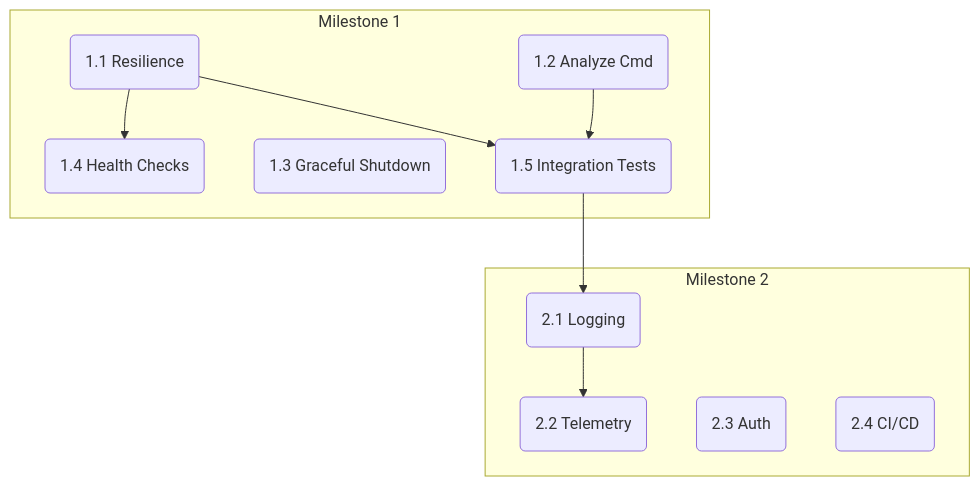
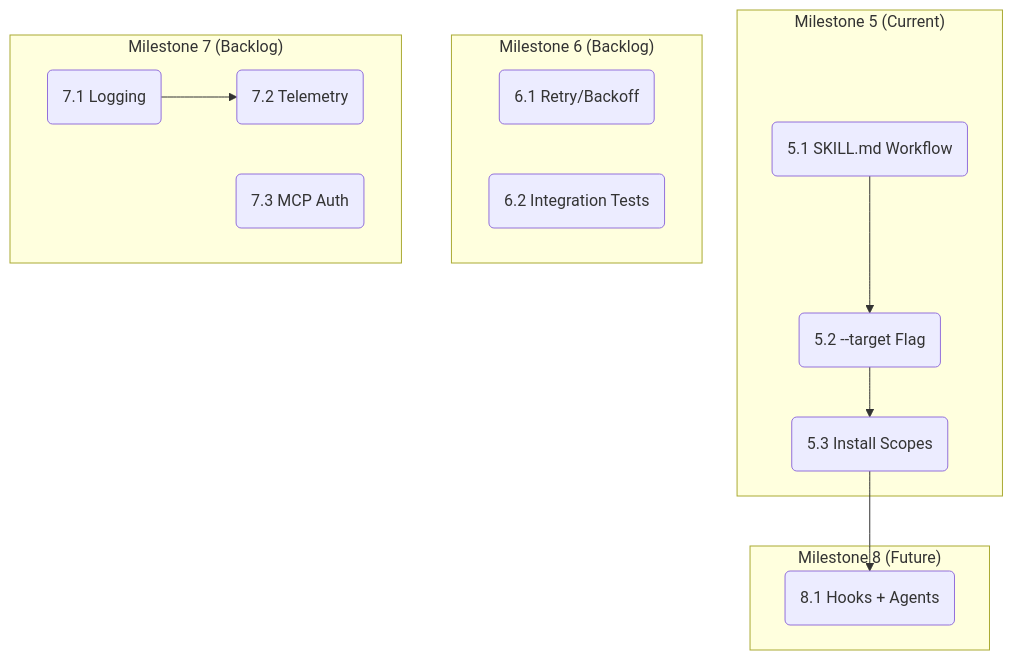
Before and after one commit to jorelcb/codify: the diagram in specs/TASKS.md, drawn with Mermaid. The commit also changed other lines of this file and 10 other files, not shown here.

````diff
--- a/specs/TASKS.md
+++ b/specs/TASKS.md
@@ -97,16 +111,19 @@
 ```mermaid
 graph TD
-    subgraph Milestone 1
-        T1_1("1.1 Resilience") --> T1_4("1.4 Health Checks");
-        T1_2("1.2 Analyze Cmd");
-        T1_3("1.3 Graceful Shutdown");
-        T1_1 --> T1_5("1.5 Integration Tests");
-        T1_2 --> T1_5;
+    subgraph "Milestone 5 (Current)"
+        T5_1("5.1 SKILL.md Workflow") --> T5_2("5.2 --target Flag")
+        T5_2 --> T5_3("5.3 Install Scopes")
     end
-    subgraph Milestone 2
-        T2_1("2.1 Logging") --> T2_2("2.2 Telemetry");
-        T2_3("2.3 Auth");
-        T2_4("2.4 CI/CD");
+    subgraph "Milestone 6 (Backlog)"
+        T6_1("6.1 Retry/Backoff")
+        T6_2("6.2 Integration Tests")
     end
-    T1_5 --> T2_1;
+    subgraph "Milestone 7 (Backlog)"
+        T7_1("7.1 Logging") --> T7_2("7.2 Telemetry")
+        T7_3("7.3 MCP Auth")
+    end
+    subgraph "Milestone 8 (Future)"
+        T8_1("8.1 Hooks + Agents")
+    end
+    T5_3 --> T8_1
 ```
````
